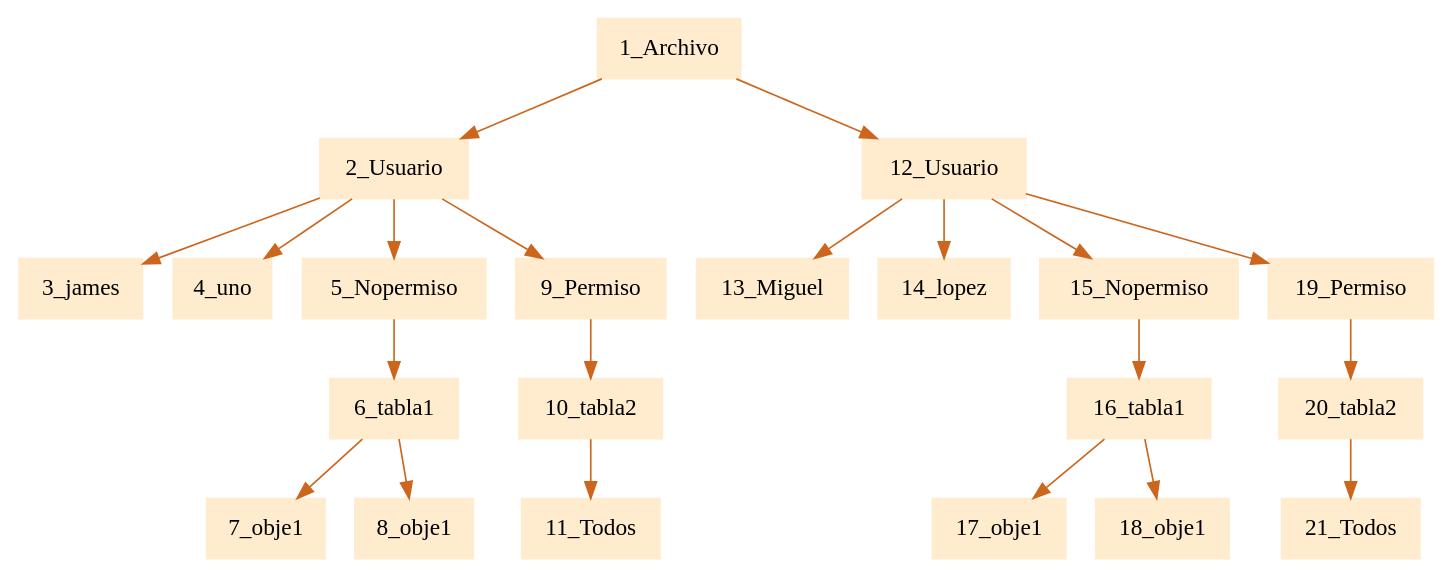
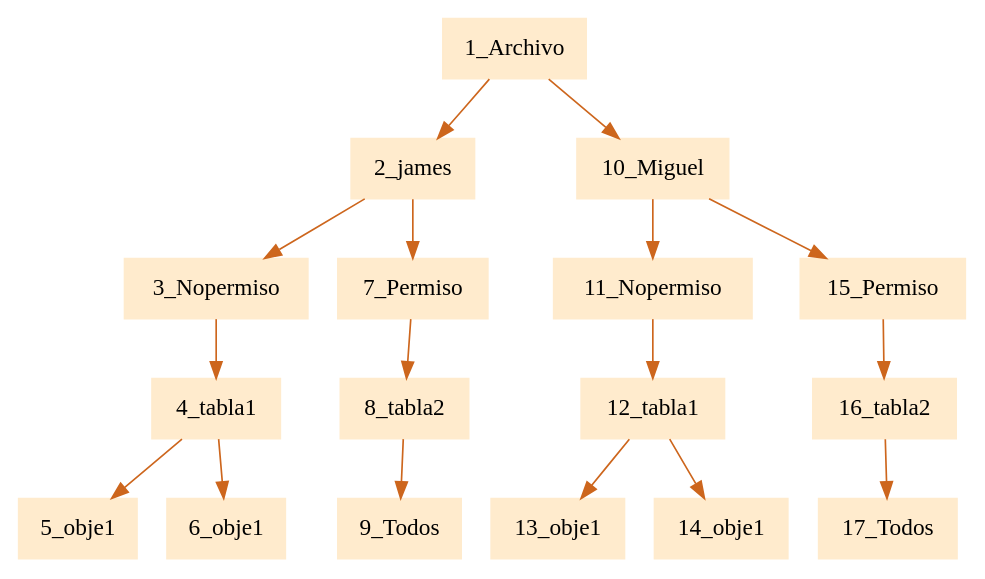
Before and after one commit to JamesMelgar/compi2javaccpr1: the diagram in pr1Compilarodores2/usu.dot, drawn with Graphviz. The commit also changed 13 other files, not shown here.

```diff
--- a/pr1Compilarodores2/usu.dot
+++ b/pr1Compilarodores2/usu.dot
@@ -1,5 +1,5 @@
 digraph G {node[shape=box, style=filled, color=blanchedalmond]; edge[color=chocolate3];rankdir=UD 
 
-"1_Archivo"->"2_Usuario""2_Usuario"->"3_james""2_Usuario"->"4_uno""2_Usuario"->"5_Nopermiso""5_Nopermiso"->"6_tabla1""6_tabla1"->"7_obje1""6_tabla1"->"8_obje1""2_Usuario"->"9_Permiso""9_Permiso"->"10_tabla2""10_tabla2"->"11_Todos""1_Archivo"->"12_Usuario""12_Usuario"->"13_Miguel""12_Usuario"->"14_lopez""12_Usuario"->"15_Nopermiso""15_Nopermiso"->"16_tabla1""16_tabla1"->"17_obje1""16_tabla1"->"18_obje1""12_Usuario"->"19_Permiso""19_Permiso"->"20_tabla2""20_tabla2"->"21_Todos"
+"1_Archivo"->"2_james""2_james"->"3_Nopermiso""3_Nopermiso"->"4_tabla1""4_tabla1"->"5_obje1""4_tabla1"->"6_obje1""2_james"->"7_Permiso""7_Permiso"->"8_tabla2""8_tabla2"->"9_Todos""1_Archivo"->"10_Miguel""10_Miguel"->"11_Nopermiso""11_Nopermiso"->"12_tabla1""12_tabla1"->"13_obje1""12_tabla1"->"14_obje1""10_Miguel"->"15_Permiso""15_Permiso"->"16_tabla2""16_tabla2"->"17_Todos"
 
 }
```
